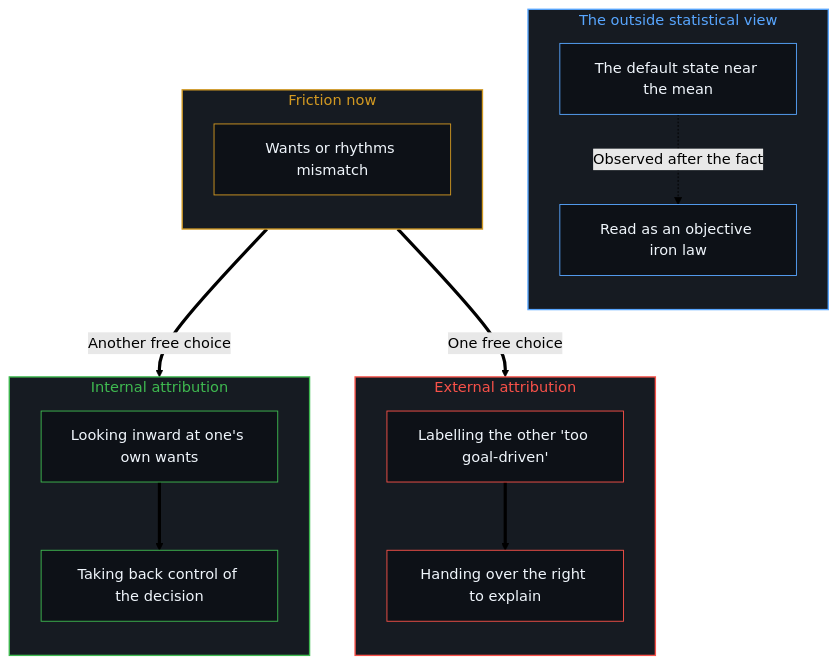
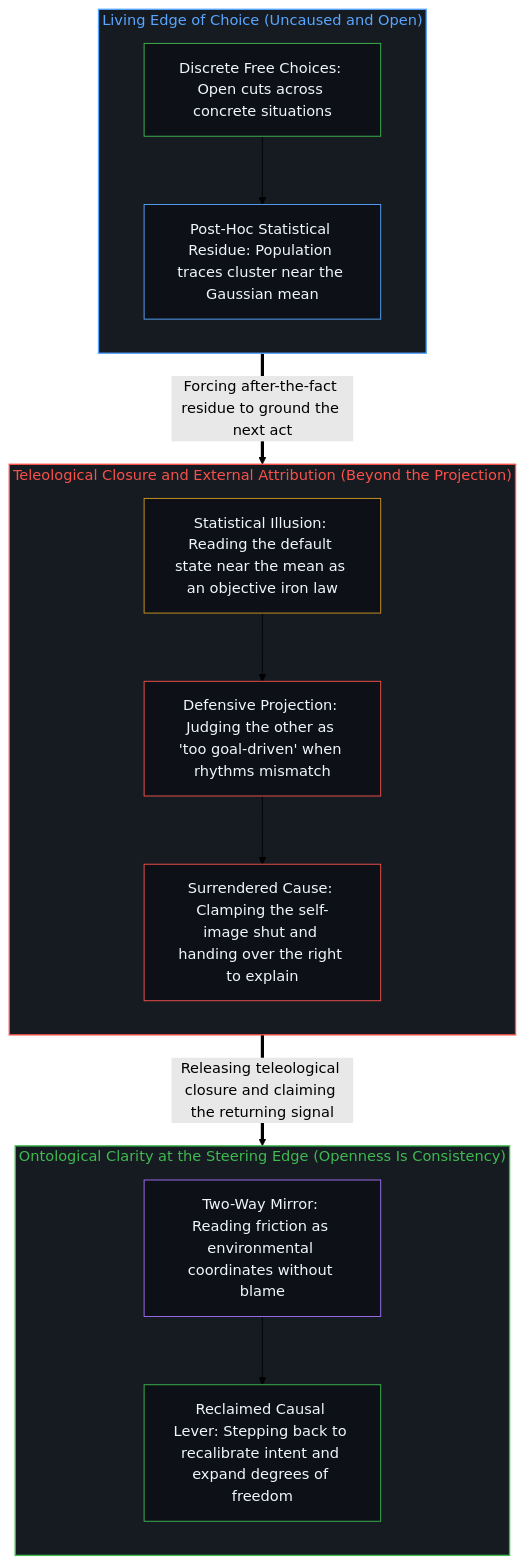
One commit to powerpig99/not-a-toe changed the second of 2 diagrams in content/posts/cong-mu-di-xing-de-ping-pan-kan-ren-zhi-que-sheng.md. Above: the diagram before and after it, drawn with Mermaid (forest theme). The commit also changed other lines of this file and 2 other files, not shown here.

Commit message:
Refine L2 #85 & #86: cong-mu-di-xing-de-ping-pan-kan-ren-zhi-que-sheng, advocating-openness-of-others-is-a-desire-for-closure-of-the-self (Deep Sleep Wave 3)

````diff
--- a/content/posts/cong-mu-di-xing-de-ping-pan-kan-ren-zhi-que-sheng.md
+++ b/content/posts/cong-mu-di-xing-de-ping-pan-kan-ren-zhi-que-sheng.md
@@ -84,38 +80,38 @@
 ```mermaid
 flowchart TD
-    subgraph S_Stat["The outside statistical view"]
+    subgraph S_Edge["Living Edge of Choice (Uncaused and Open)"]
         direction TB
-        N1["The default state near the mean"]
-        N2["Read as an objective iron law"]
+        E_Act["Discrete Free Choices: Open cuts across concrete situations"]
+        E_Stat["Post-Hoc Statistical Residue: Population traces cluster near the Gaussian mean"]
+        E_Act --> E_Stat
     end
-    subgraph S_Fric["Friction now"]
+
+    subgraph S_Proj["Teleological Closure and External Attribution (Beyond the Projection)"]
         direction TB
-        F1["Wants or rhythms mismatch"]
+        P_Law["Statistical Illusion: Reading the default state near the mean as an objective iron law"]
+        P_Label["Defensive Projection: Judging the other as 'too goal-driven' when rhythms mismatch"]
+        P_Surr["Surrendered Cause: Clamping the self-image shut and handing over the right to explain"]
+        P_Law --> P_Label --> P_Surr
     end
-    subgraph S_Out["External attribution"]
+
+    subgraph S_Open["Ontological Clarity at the Steering Edge (Openness Is Consistency)"]
         direction TB
-        O1["Labelling the other 'too goal-driven'"]
-        O2["Handing over the right to explain"]
+        O_Mirror["Two-Way Mirror: Reading friction as environmental coordinates without blame"]
+        O_Claim["Reclaimed Causal Lever: Stepping back to recalibrate intent and expand degrees of freedom"]
+        O_Mirror --> O_Claim
     end
-    subgraph S_In["Internal attribution"]
-        direction TB
-        I1["Looking inward at one's own wants"]
-        I2["Taking back control of the decision"]
-    end
-    N1 -.->|"Observed after the fact"| N2
-    F1 ==>|"One free choice"| O1
-    O1 ==> O2
-    F1 ==>|"Another free choice"| I1
-    I1 ==> I2
-    style S_Stat fill:#161b22,stroke:#58a6ff,stroke-width:1.5px,color:#58a6ff
-    style S_Fric fill:#161b22,stroke:#d29922,stroke-width:1.5px,color:#d29922
-    style S_Out fill:#161b22,stroke:#f85149,stroke-width:1.5px,color:#f85149
-    style S_In fill:#161b22,stroke:#3fb950,stroke-width:1.5px,color:#3fb950
-    style N1 fill:#0d1117,stroke:#58a6ff,stroke-width:1px,color:#f0f6fc
-    style N2 fill:#0d1117,stroke:#58a6ff,stroke-width:1px,color:#f0f6fc
-    style F1 fill:#0d1117,stroke:#d29922,stroke-width:1px,color:#f0f6fc
-    style O1 fill:#0d1117,stroke:#f85149,stroke-width:1px,color:#f0f6fc
-    style O2 fill:#0d1117,stroke:#f85149,stroke-width:1px,color:#f0f6fc
-    style I1 fill:#0d1117,stroke:#3fb950,stroke-width:1px,color:#f0f6fc
-    style I2 fill:#0d1117,stroke:#3fb950,stroke-width:1px,color:#f0f6fc
+
+    E_Stat ==>|"Forcing after-the-fact residue to ground the next act"| P_Law
+    P_Surr ==>|"Releasing teleological closure and claiming the returning signal"| O_Mirror
+
+    style S_Edge fill:#161b22,stroke:#58a6ff,stroke-width:1.5px,color:#58a6ff
+    style S_Proj fill:#161b22,stroke:#f85149,stroke-width:1.5px,color:#f85149
+    style S_Open fill:#161b22,stroke:#3fb950,stroke-width:1.5px,color:#3fb950
+    style E_Act fill:#0d1117,stroke:#3fb950,stroke-width:1px,color:#f0f6fc
+    style E_Stat fill:#0d1117,stroke:#58a6ff,stroke-width:1px,color:#f0f6fc
+    style P_Law fill:#0d1117,stroke:#d29922,stroke-width:1px,color:#f0f6fc
+    style P_Label fill:#0d1117,stroke:#f85149,stroke-width:1px,color:#f0f6fc
+    style P_Surr fill:#0d1117,stroke:#f85149,stroke-width:1px,color:#f0f6fc
+    style O_Mirror fill:#0d1117,stroke:#a371f7,stroke-width:1px,color:#f0f6fc
+    style O_Claim fill:#0d1117,stroke:#3fb950,stroke-width:1px,color:#f0f6fc
 ```
````
